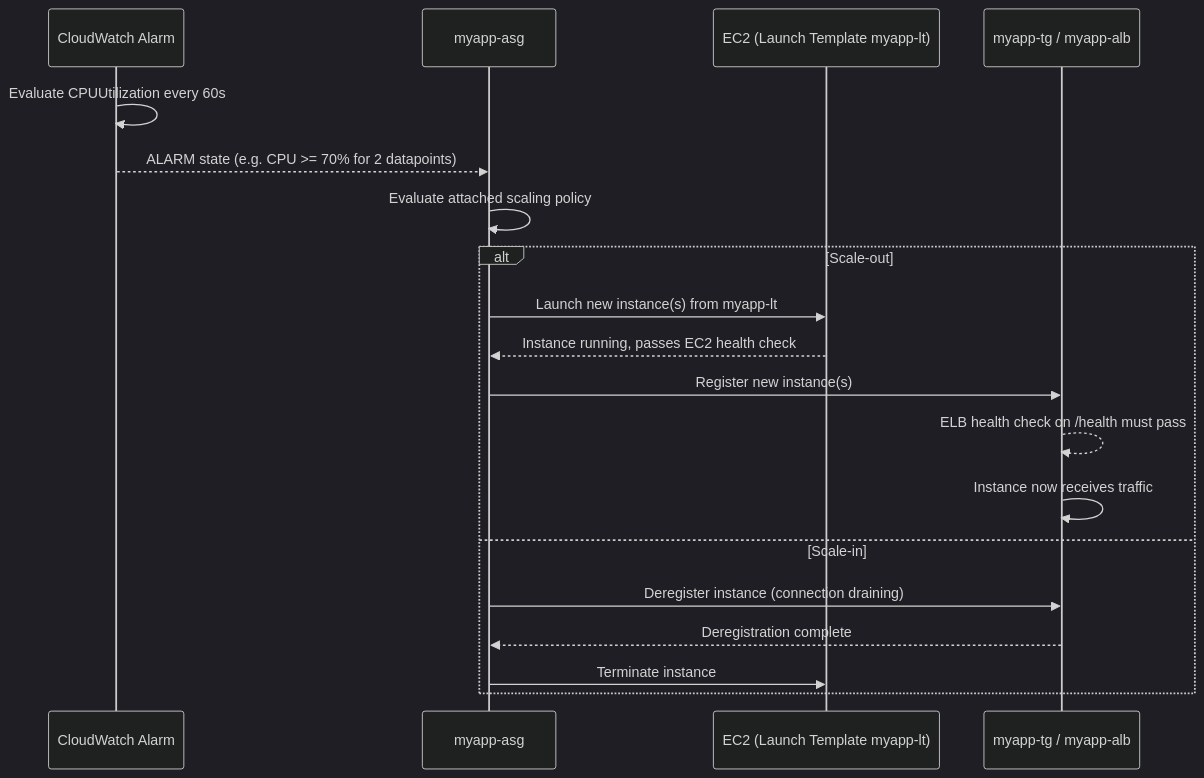
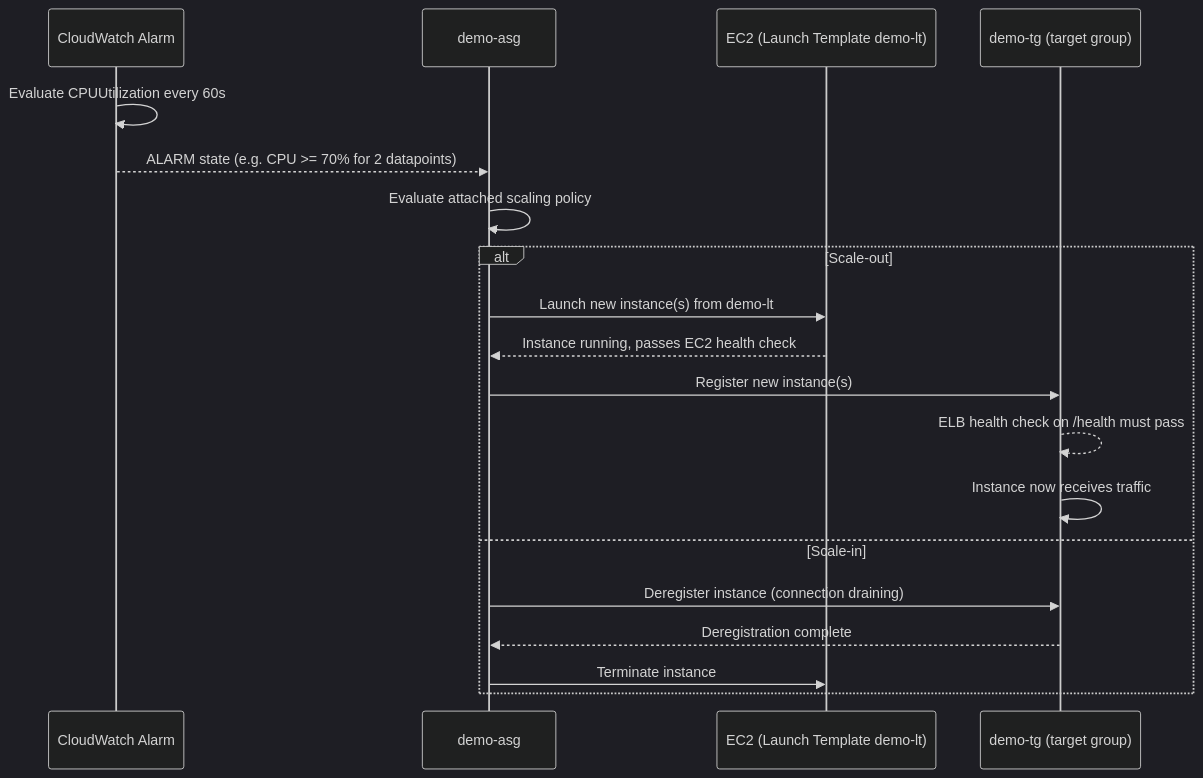
The diagram in EC2/ASG/05-Dynamic-Scaling-HandsOn.md (msdeepak052/AWS_Imp_Concepts), drawn with Mermaid (dark theme) before and after one commit. The commit also changed other lines of this file and 66 other files, not shown here.

````diff
--- a/EC2/ASG/05-Dynamic-Scaling-HandsOn.md
+++ b/EC2/ASG/05-Dynamic-Scaling-HandsOn.md
@@ -110,22 +110,22 @@
 ```mermaid
 sequenceDiagram
     participant CW as CloudWatch Alarm
-    participant ASG as myapp-asg
-    participant EC2 as EC2 (Launch Template myapp-lt)
-    participant TG as myapp-tg / myapp-alb
+    participant ASG as demo-asg
+    participant EC2 as EC2 (Launch Template demo-lt)
+    participant TG as demo-tg (target group)
 
     CW->>CW: Evaluate CPUUtilization every 60s
     CW-->>ASG: ALARM state (e.g. CPU >= 70% for 2 datapoints)
     ASG->>ASG: Evaluate attached scaling policy
     alt Scale-out
-        ASG->>EC2: Launch new instance(s) from myapp-lt
+        ASG->>EC2: Launch new instance(s) from demo-lt
         EC2-->>ASG: Instance running, passes EC2 health check
         ASG->>TG: Register new instance(s)
         TG-->>TG: ELB health check on /health must pass
         TG->>TG: Instance now receives traffic
     else Scale-in
         ASG->>TG: Deregister instance (connection draining)
         TG-->>ASG: Deregistration complete
         ASG->>EC2: Terminate instance
     end
 ```
````
